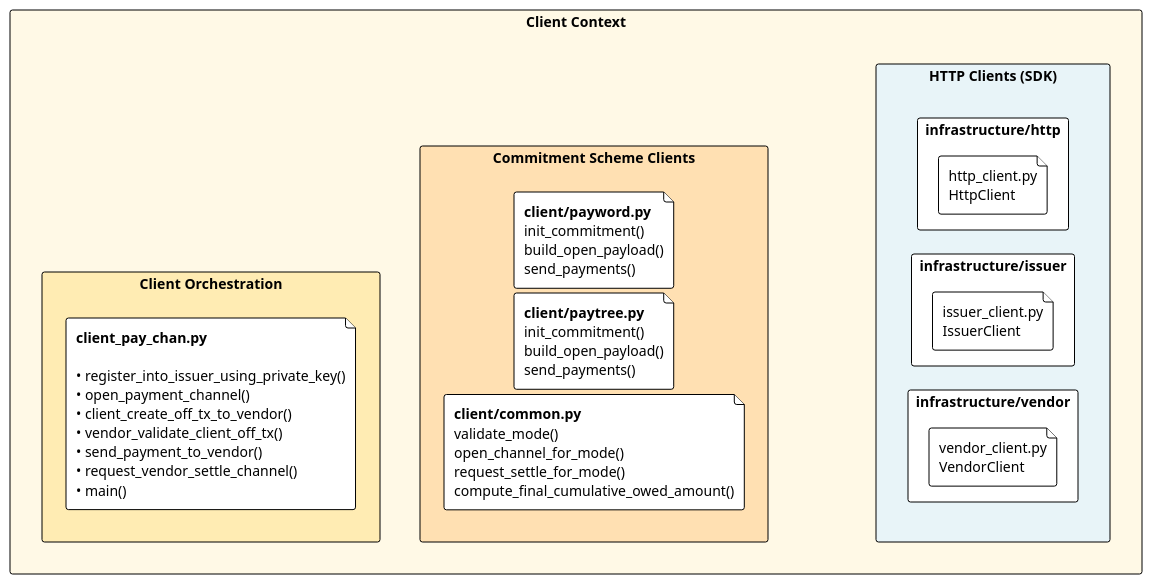
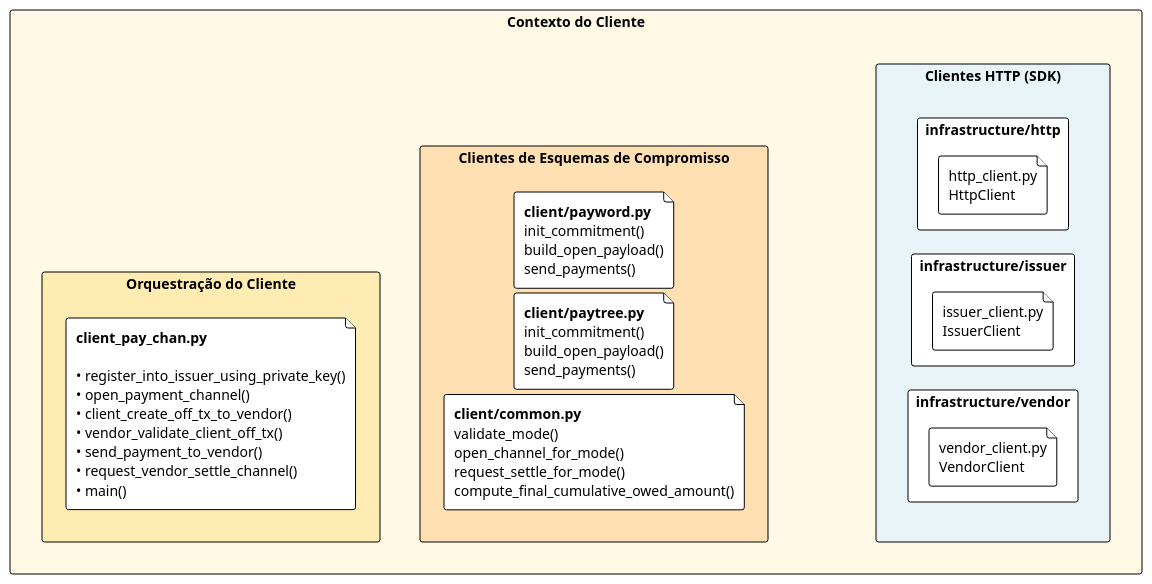
The diagram in umls/client.puml (otaviootavio/nanomoni), drawn with PlantUML before and after one commit. The commit also changed 161 other files, not shown here.

```diff
--- a/umls/client.puml
+++ b/umls/client.puml
@@ -1,46 +1,46 @@
 @startuml Client_Static_Compact
 
 !theme plain
 left to right direction
 skinparam backgroundColor white
 skinparam componentStyle rectangle
 skinparam padding 0
 skinparam BoxPadding 1
 skinparam RectanglePadding 1
 skinparam RectangleBorderThickness 1
 skinparam Shadowing false
 skinparam Nodesep 5
 skinparam Ranksep 5
 
-rectangle "Client Context" #FFF9E6 {
-    rectangle "Client Orchestration" as client_orchestration #FFECB3 {
+rectangle "Contexto do Cliente" #FFF9E6 {
+    rectangle "Orquestração do Cliente" as client_orchestration #FFECB3 {
         file "**client_pay_chan.py**\n\n• register_into_issuer_using_private_key()\n• open_payment_channel()\n• client_create_off_tx_to_vendor()\n• vendor_validate_client_off_tx()\n• send_payment_to_vendor()\n• request_vendor_settle_channel()\n• main()"
     }
 
-    rectangle "Commitment Scheme Clients" as commitment_clients #FFE0B2 {
+    rectangle "Clientes de Esquemas de Compromisso" as commitment_clients #FFE0B2 {
         file "**client/payword.py**\ninit_commitment()\nbuild_open_payload()\nsend_payments()" as payword_client
         file "**client/paytree.py**\ninit_commitment()\nbuild_open_payload()\nsend_payments()" as paytree_client
         file "**client/common.py**\nvalidate_mode()\nopen_channel_for_mode()\nrequest_settle_for_mode()\ncompute_final_cumulative_owed_amount()" as common_client
     }
 
-    rectangle "HTTP Clients (SDK)" as http_clients #E8F4F8 {
+    rectangle "Clientes HTTP (SDK)" as http_clients #E8F4F8 {
         rectangle "infrastructure/http" {
             file "http_client.py\nHttpClient"
         }
         rectangle "infrastructure/issuer" {
             file "issuer_client.py\nIssuerClient"
         }
         rectangle "infrastructure/vendor" {
             file "vendor_client.py\nVendorClient"
         }
     }
     client_orchestration -[hidden]down-> commitment_clients
     commitment_clients -[hidden]down-> http_clients
 
     
     payword_client -[hidden]down-> http_clients
     paytree_client -[hidden]down-> http_clients
     common_client -[hidden]down-> http_clients
 }
 
 @enduml
```
